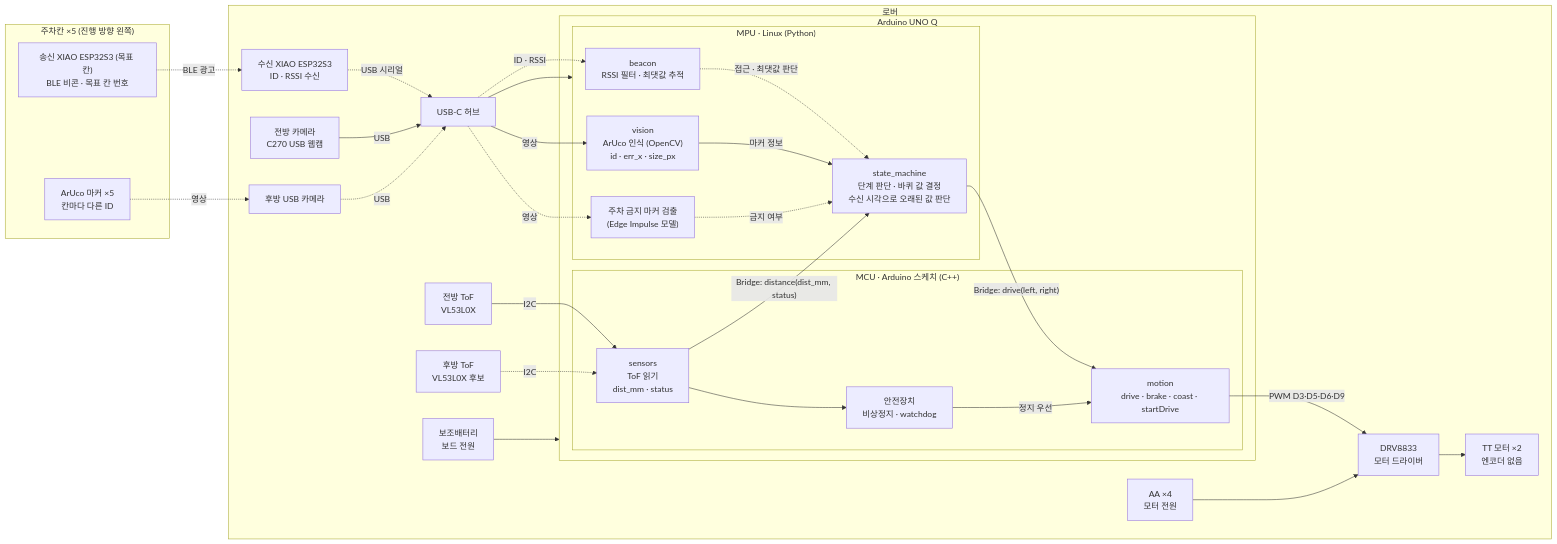
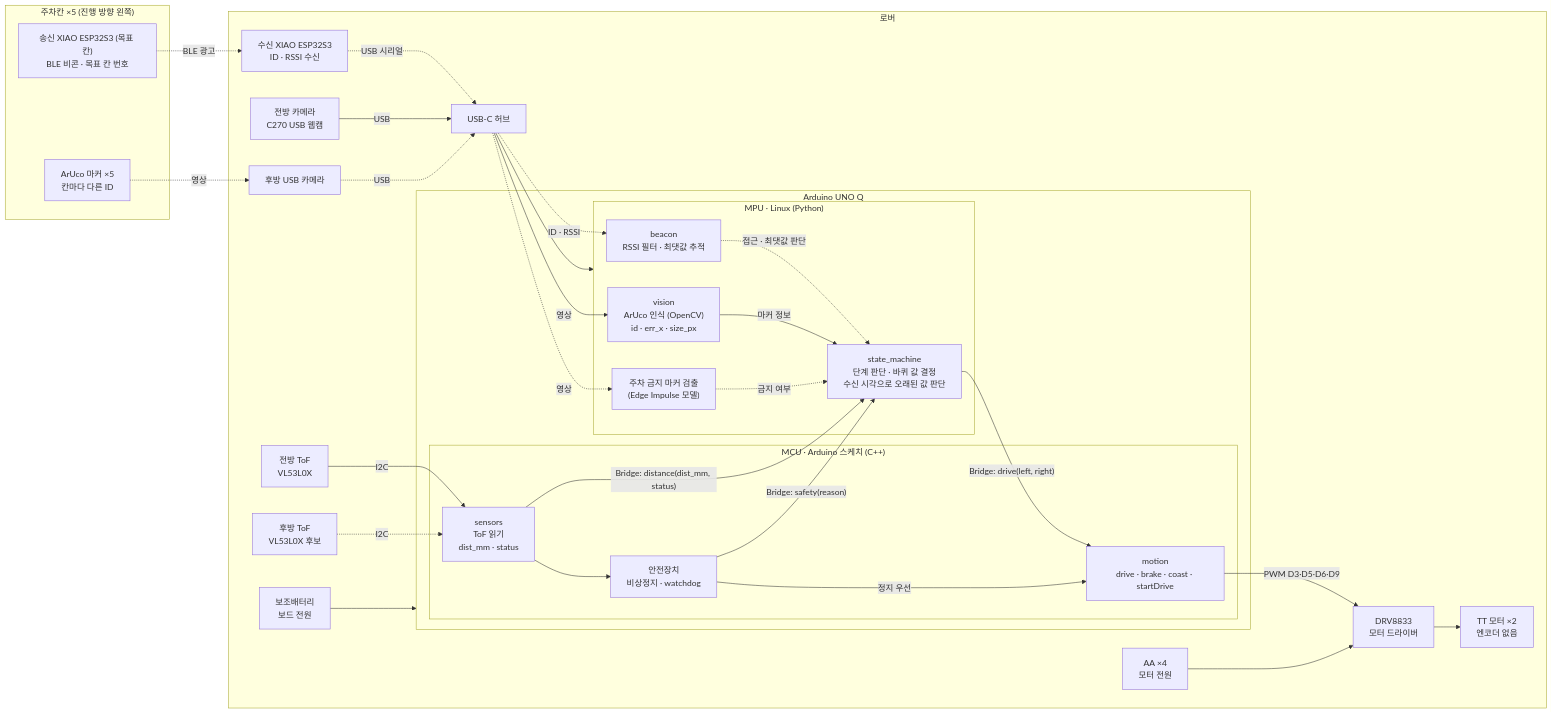
Before and after one commit to yumina0616/Hyper-AutoPark-Rover: the first of 2 diagrams in docs/architecture.md, drawn with Mermaid. The commit also changed 24 other files, not shown here.

````diff
--- a/docs/architecture.md
+++ b/docs/architecture.md
@@ -6,62 +6,63 @@
 ```mermaid
 flowchart LR
     subgraph SLOT["주차칸 ×5 (진행 방향 왼쪽)"]
         TX["송신 XIAO ESP32S3 (목표 칸)<br/>BLE 비콘 · 목표 칸 번호"]
         MARKER["ArUco 마커 ×5<br/>칸마다 다른 ID"]
     end
 
     subgraph ROVER["로버"]
         RX["수신 XIAO ESP32S3<br/>ID · RSSI 수신"]
         CAM_F["전방 카메라<br/>C270 USB 웹캠"]
         CAM_R["후방 USB 카메라"]
         HUB["USB-C 허브"]
 
         subgraph UNOQ["Arduino UNO Q"]
             subgraph MPU["MPU · Linux (Python)"]
                 BEACON_PY["beacon<br/>RSSI 필터 · 최댓값 추적"]
                 VISION_PY["vision<br/>ArUco 인식 (OpenCV)<br/>id · err_x · size_px"]
                 AI_PY["주차 금지 마커 검출<br/>(Edge Impulse 모델)"]
                 SM["state_machine<br/>단계 판단 · 바퀴 값 결정<br/>수신 시각으로 오래된 값 판단"]
             end
 
             subgraph MCU["MCU · Arduino 스케치 (C++)"]
                 SENS_MCU["sensors<br/>ToF 읽기<br/>dist_mm · status"]
                 MOTION_MCU["motion<br/>drive · brake · coast · startDrive"]
                 SAFETY["안전장치<br/>비상정지 · watchdog"]
             end
         end
 
         TOF_F["전방 ToF<br/>VL53L0X"]
         TOF_R["후방 ToF<br/>VL53L0X 후보"]
         DRV["DRV8833<br/>모터 드라이버"]
         MOTORS["TT 모터 ×2<br/>엔코더 없음"]
         BATT["AA ×4<br/>모터 전원"]
         PB["보조배터리<br/>보드 전원"]
     end
 
     TX -. "BLE 광고" .-> RX
     RX -. "USB 시리얼" .-> HUB
     MARKER -. "영상" .-> CAM_R
     CAM_F -- "USB" --> HUB
     CAM_R -. "USB" .-> HUB
     HUB --> MPU
 
     HUB -. "ID · RSSI" .-> BEACON_PY
     HUB -- "영상" --> VISION_PY
     HUB -. "영상" .-> AI_PY
 
     BEACON_PY -. "접근 · 최댓값 판단" .-> SM
     VISION_PY -- "마커 정보" --> SM
     AI_PY -. "금지 여부" .-> SM
 
     TOF_F -- "I2C" --> SENS_MCU
     TOF_R -. "I2C" .-> SENS_MCU
     SENS_MCU -- "Bridge: distance(dist_mm, status)" --> SM
+    SAFETY -- "Bridge: safety(reason)" --> SM
     SM -- "Bridge: drive(left, right)" --> MOTION_MCU
     SENS_MCU --> SAFETY
     SAFETY -- "정지 우선" --> MOTION_MCU
     MOTION_MCU -- "PWM D3·D5·D6·D9" --> DRV
     DRV --> MOTORS
     BATT --> DRV
     PB --> UNOQ
 ```
````
